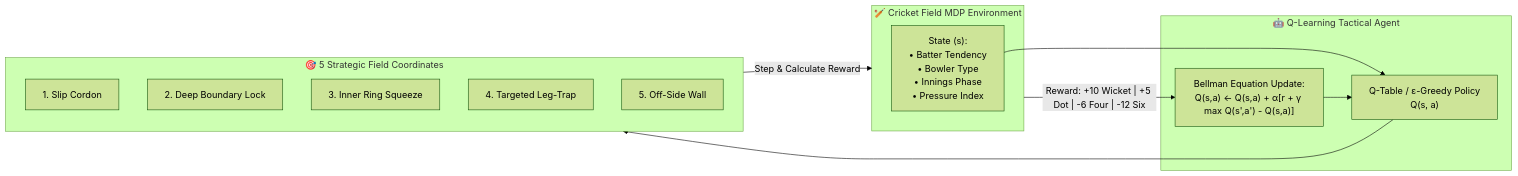
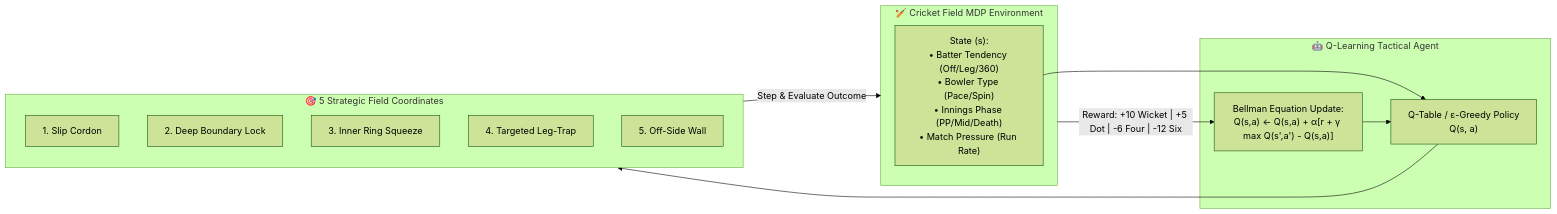
Before and after one commit to Ranjeet7680/AURA-FanVerse-AI-Powered-Multimodal-Storytelling-Fan-Co-Creation-: the third of 12 diagrams in README.md, drawn with Mermaid (forest theme). The commit also changed other lines of this file, not shown here.

Commit message:
docs: add 12 detailed architectural and animated flow diagrams to README

````diff
--- a/README.md
+++ b/README.md
@@ -89,25 +89,25 @@
 ```mermaid
 flowchart LR
     subgraph Environment["🏏 Cricket Field MDP Environment"]
-        State["State (s):<br/>• Batter Tendency<br/>• Bowler Type<br/>• Innings Phase<br/>• Pressure Index"]
+        State["State (s):<br/>• Batter Tendency (Off/Leg/360)<br/>• Bowler Type (Pace/Spin)<br/>• Innings Phase (PP/Mid/Death)<br/>• Match Pressure (Run Rate)"]
     end
 
     subgraph Agent["🤖 Q-Learning Tactical Agent"]
         Policy["Q-Table / ε-Greedy Policy<br/>Q(s, a)"]
         Bellman["Bellman Equation Update:<br/>Q(s,a) ← Q(s,a) + α[r + γ max Q(s',a') - Q(s,a)]"]
     end
 
     subgraph ActionSpace["🎯 5 Strategic Field Coordinates"]
         A0["1. Slip Cordon"]
         A1["2. Deep Boundary Lock"]
         A2["3. Inner Ring Squeeze"]
         A3["4. Targeted Leg-Trap"]
         A4["5. Off-Side Wall"]
     end
 
     State --> Policy
     Policy --> ActionSpace
-    ActionSpace -->|"Step & Calculate Reward"| Environment
+    ActionSpace -->|"Step & Evaluate Outcome"| Environment
     Environment -->|"Reward: +10 Wicket | +5 Dot | -6 Four | -12 Six"| Bellman
     Bellman --> Policy
 ```
````
